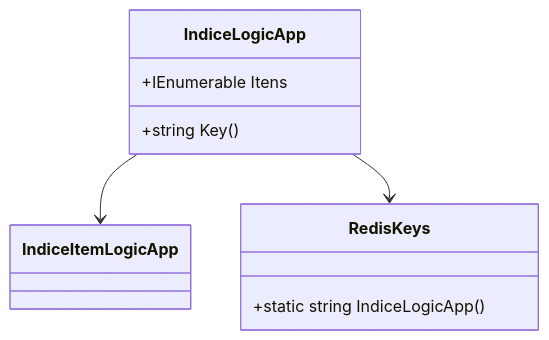
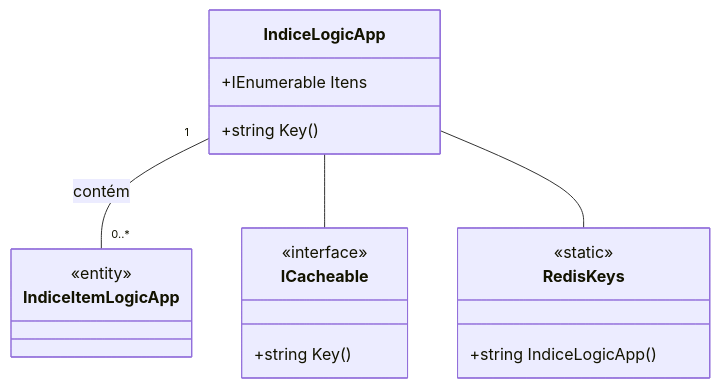
Before and after one commit to IsthmusSistemas/documentacao-tecnica: the diagram in docs/b2b-dominio/IsthmusWinthor.Nucleo/IsthmusWinthor.Dominio/POCO/IndiceLogicApp.md, drawn with Mermaid. The commit also changed other lines of this file and 882 other files, not shown here.

````diff
--- a/docs/b2b-dominio/IsthmusWinthor.Nucleo/IsthmusWinthor.Dominio/POCO/IndiceLogicApp.md
+++ b/docs/b2b-dominio/IsthmusWinthor.Nucleo/IsthmusWinthor.Dominio/POCO/IndiceLogicApp.md
@@ -26,14 +28,25 @@
 ```mermaid
 classDiagram
     class IndiceLogicApp {
         +IEnumerable<IndiceItemLogicApp> Itens
         +string Key()
     }
-    class IndiceItemLogicApp
+
+    class IndiceItemLogicApp {
+        <<entity>>
+    }
+
+    class ICacheable {
+        <<interface>>
+        +string Key()
+    }
+
     class RedisKeys {
-        +static string IndiceLogicApp()
+        <<static>>
+        +string IndiceLogicApp()
     }
-    
-    IndiceLogicApp --> IndiceItemLogicApp
-    IndiceLogicApp --> RedisKeys
+
+    IndiceLogicApp "1" -- "0..*" IndiceItemLogicApp : contém
+    IndiceLogicApp -- ICacheable
+    IndiceLogicApp -- RedisKeys
 ```
````
